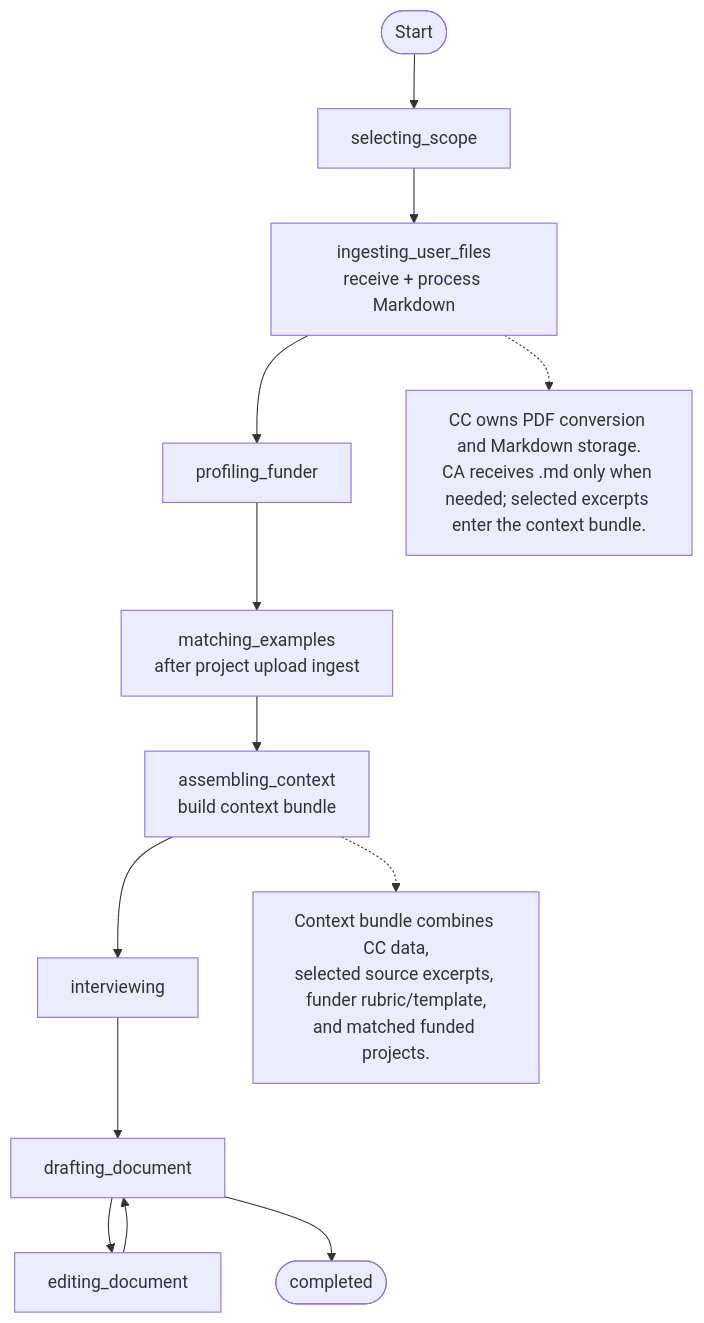
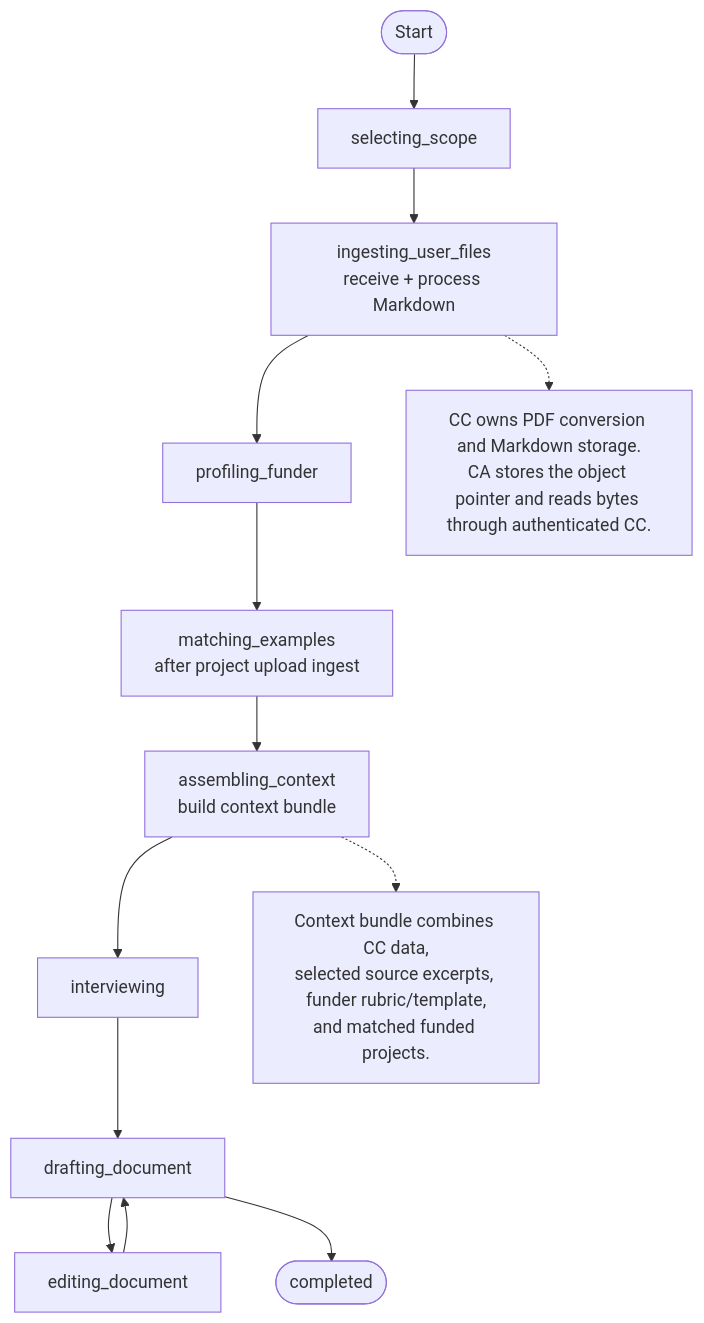
The fourth of 14 diagrams in docs/ConceptNoteBuilderArchitecture.md (Open-Earth-Foundation/CityCatalyst), drawn with Mermaid before and after one commit. The commit also changed other lines of this file and 9 other files, not shown here.

````diff
--- a/docs/ConceptNoteBuilderArchitecture.md
+++ b/docs/ConceptNoteBuilderArchitecture.md
@@ -355,18 +356,18 @@
 ```mermaid
 flowchart TB
     Start([Start]) --> Scope["selecting_scope"]
     Scope --> Ingest["ingesting_user_files<br/>receive + process Markdown"]
     Ingest --> Funder["profiling_funder"]
     Funder --> Match["matching_examples<br/>after project upload ingest"]
     Match --> Context["assembling_context<br/>build context bundle"]
     Context --> Interview["interviewing"]
     Interview --> Draft["drafting_document"]
     Draft --> Edit["editing_document"]
     Edit --> Draft
     Draft --> Complete([completed])
 
-    IngestNote["CC owns PDF conversion and Markdown storage.<br/>CA receives .md only when needed; selected excerpts enter the context bundle."]
+    IngestNote["CC owns PDF conversion and Markdown storage.<br/>CA stores the object pointer and reads bytes through authenticated CC."]
     ContextNote["Context bundle combines CC data,<br/>selected source excerpts, funder rubric/template,<br/>and matched funded projects."]
     Ingest -.-> IngestNote
     Context -.-> ContextNote
 ```
````
